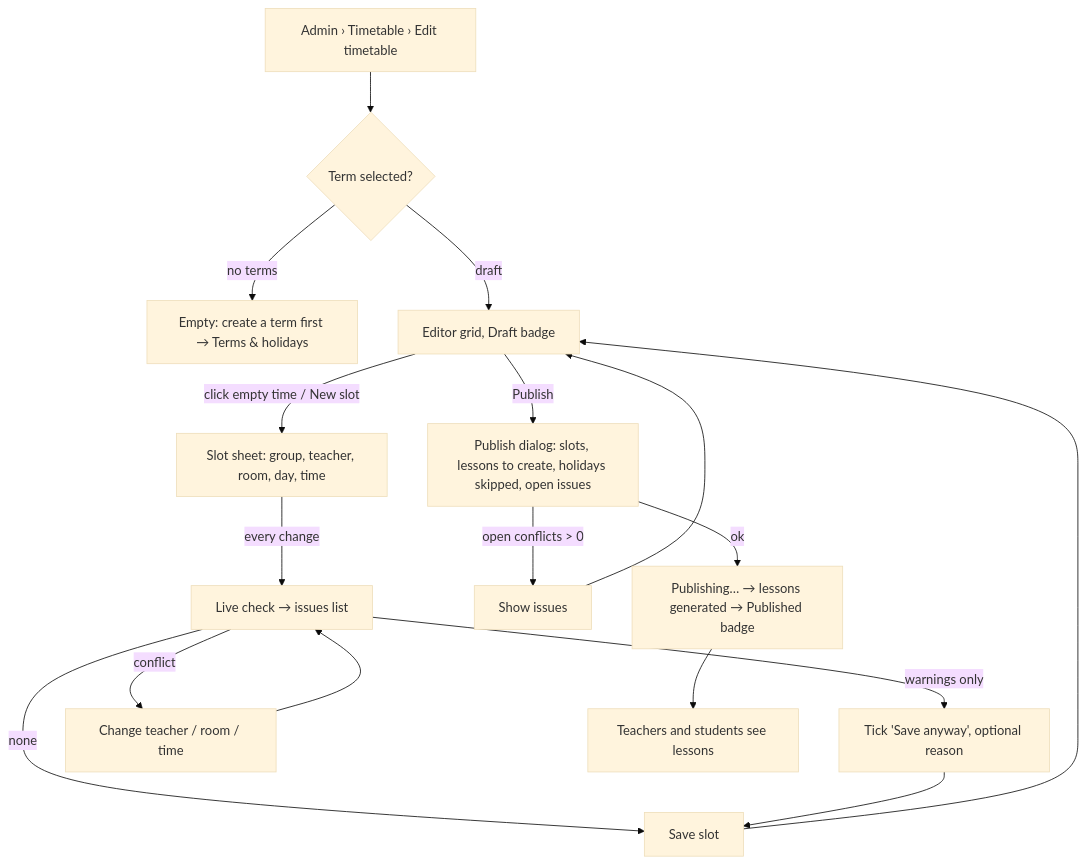
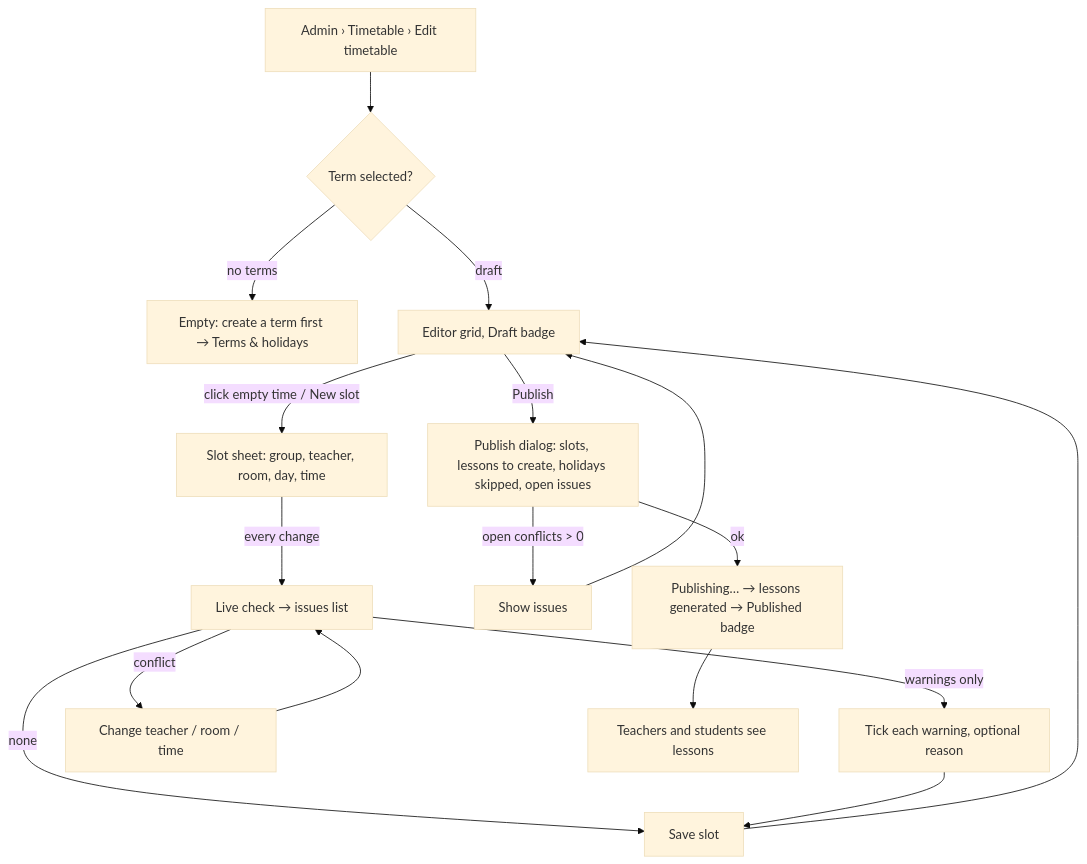
One commit to NoncommissionedRush/schoolmanager changed the first of 3 diagrams in docs/design/timetable.md. Above: the diagram before and after it, drawn with Mermaid (base theme). The commit also changed other lines of this file and 3 other files, not shown here.

````diff
--- a/docs/design/timetable.md
+++ b/docs/design/timetable.md
@@ -92,15 +108,15 @@
 ```mermaid
 flowchart TD
   A[Admin › Timetable › Edit timetable] --> T{Term selected?}
   T -- "no terms" --> NT[Empty: create a term first → Terms & holidays]
   T -- draft --> G[Editor grid, Draft badge]
   G -->|click empty time / New slot| S[Slot sheet: group, teacher, room, day, time]
   S -->|every change| V[Live check → issues list]
   V -- none --> SV[Save slot] --> G
-  V -- warnings only --> OV[Tick 'Save anyway', optional reason] --> SV
+  V -- warnings only --> OV[Tick each warning, optional reason] --> SV
   V -- conflict --> FX[Change teacher / room / time] --> V
   G -->|Publish| P[Publish dialog: slots, lessons to create, holidays skipped, open issues]
   P -- "open conflicts > 0" --> IS[Show issues] --> G
   P -- ok --> PUB[Publishing… → lessons generated → Published badge]
   PUB --> TV[Teachers and students see lessons]
 ```
````
